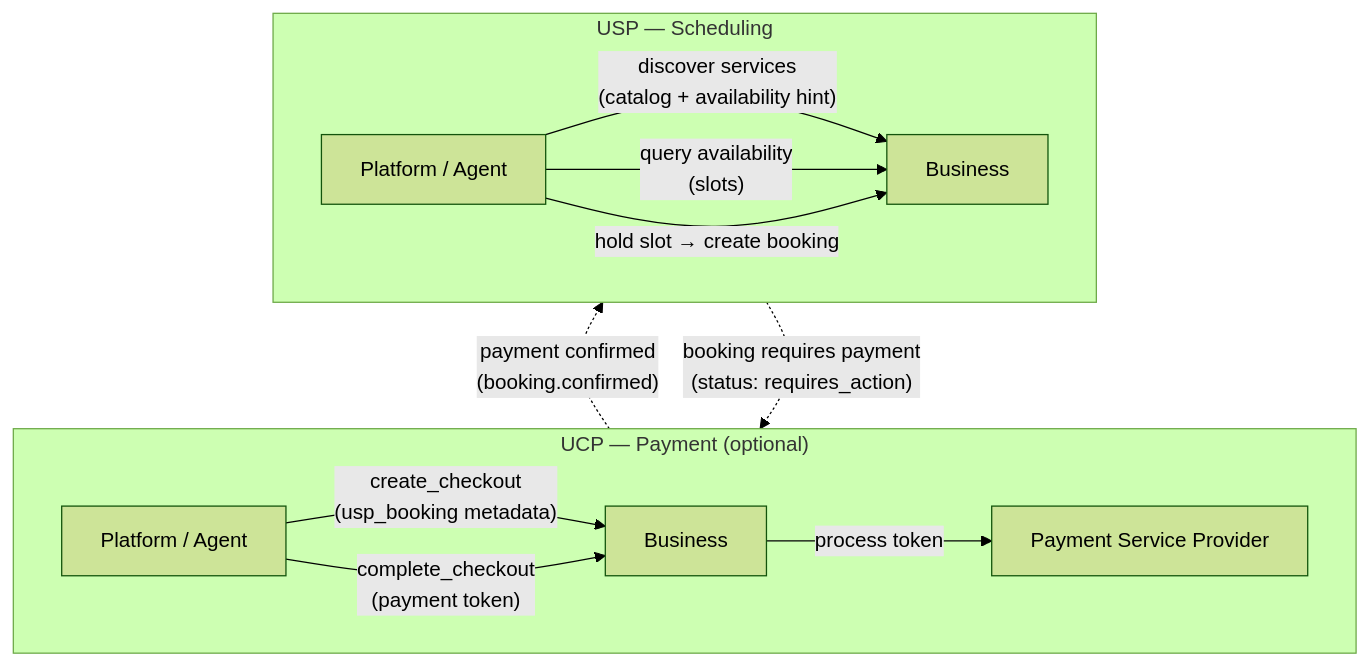
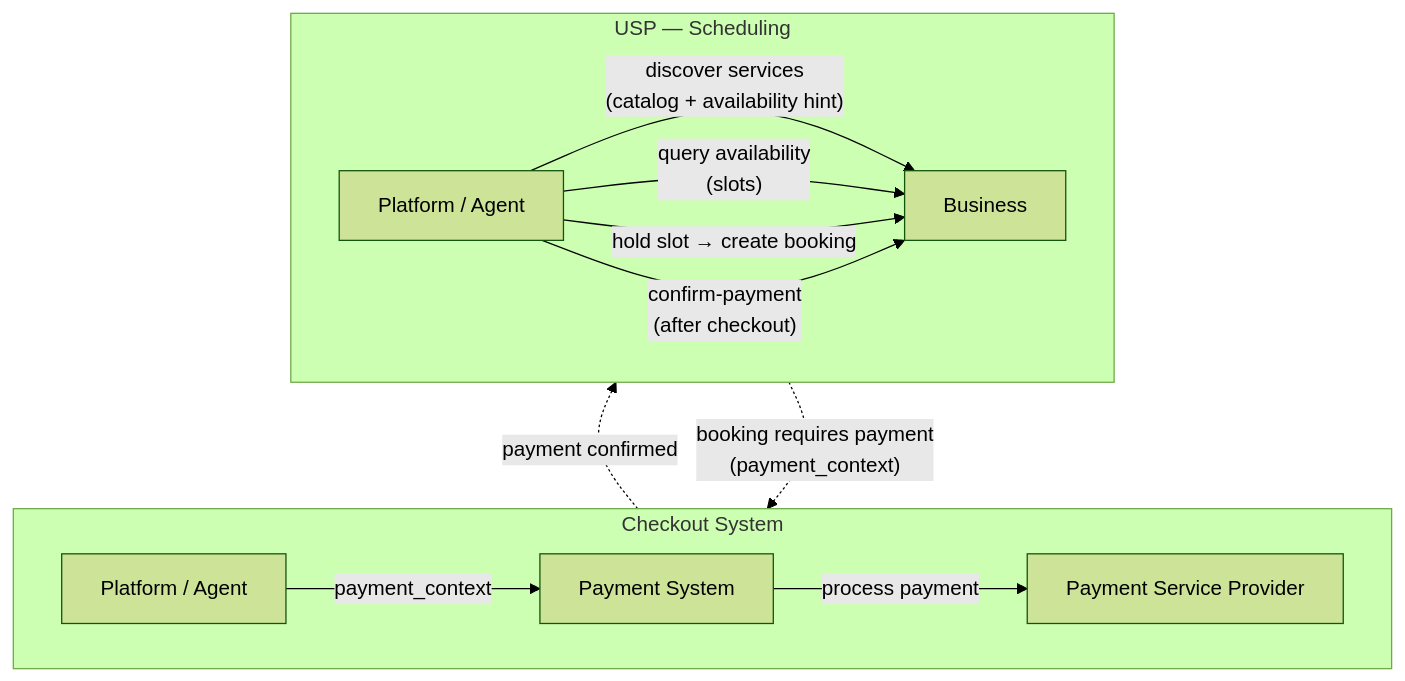
One commit to wix/universal-scheduling-protocol changed the first of 8 diagrams in specification.md. Above: the diagram before and after it, drawn with Mermaid (forest theme). The commit also changed other lines of this file and 10 other files, not shown here.

````diff
--- a/specification.md
+++ b/specification.md
@@ -260,20 +273,20 @@
 ```mermaid
 graph BT
 
     subgraph USP ["USP — Scheduling"]
         direction LR
         P[Platform / Agent] -- "discover services\n(catalog + availability hint)" --> B[Business]
         P -- "query availability\n(slots)" --> B
         P -- "hold slot → create booking" --> B
+        P -- "confirm-payment\n(after checkout)" --> B
     end
 
-    subgraph UCP ["UCP — Payment (optional)"]
+    subgraph CS ["Checkout System"]
         direction LR
-        P2[Platform / Agent] -- "create_checkout\n(usp_booking metadata)" --> B2[Business]
-        P2 -- "complete_checkout\n(payment token)" --> B2
-        B2 -- "process token" --> PSP[Payment Service Provider]
+        P2[Platform / Agent] -- "payment_context" --> CS_IMPL["Payment System"]
+        CS_IMPL -- "process payment" --> PSP[Payment Service Provider]
     end
 
-    USP -. "booking requires payment\n(status: requires_action)" .-> UCP
-    UCP -. "payment confirmed\n(booking.confirmed)" .-> USP
+    USP -. "booking requires payment\n(payment_context)" .-> CS
+    CS -. "payment confirmed" .-> USP
 ```
````
